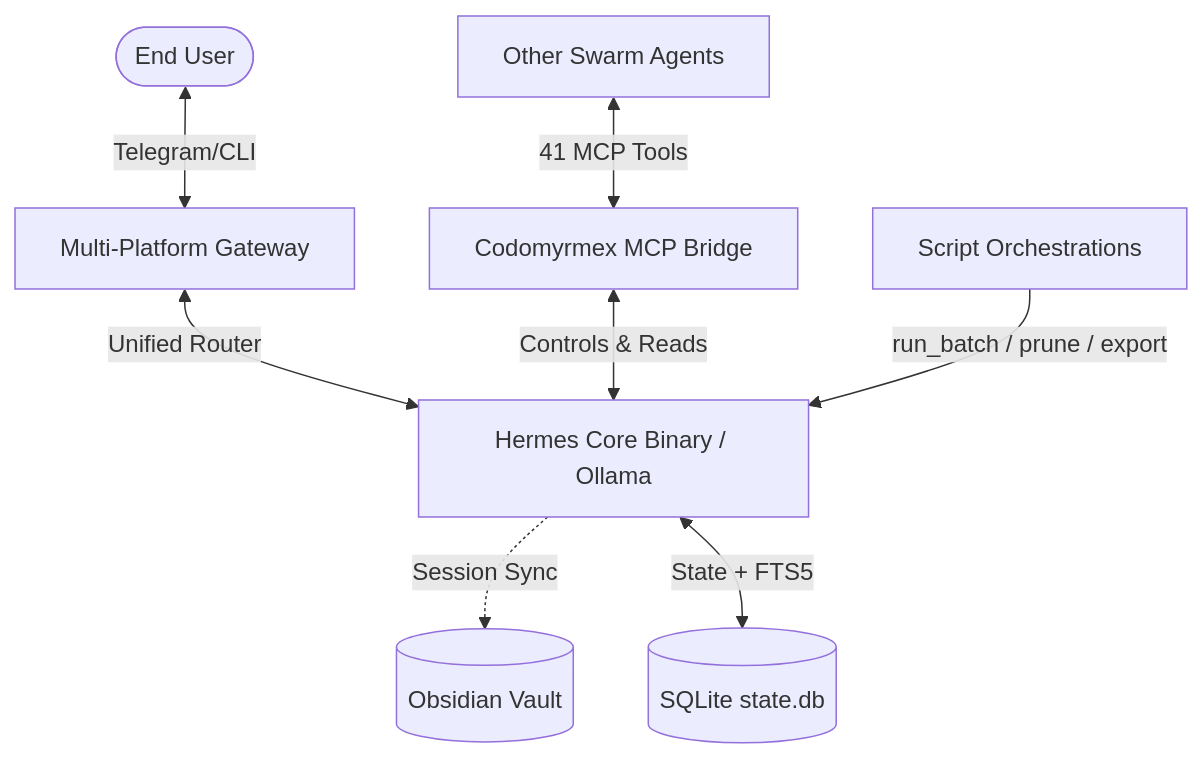
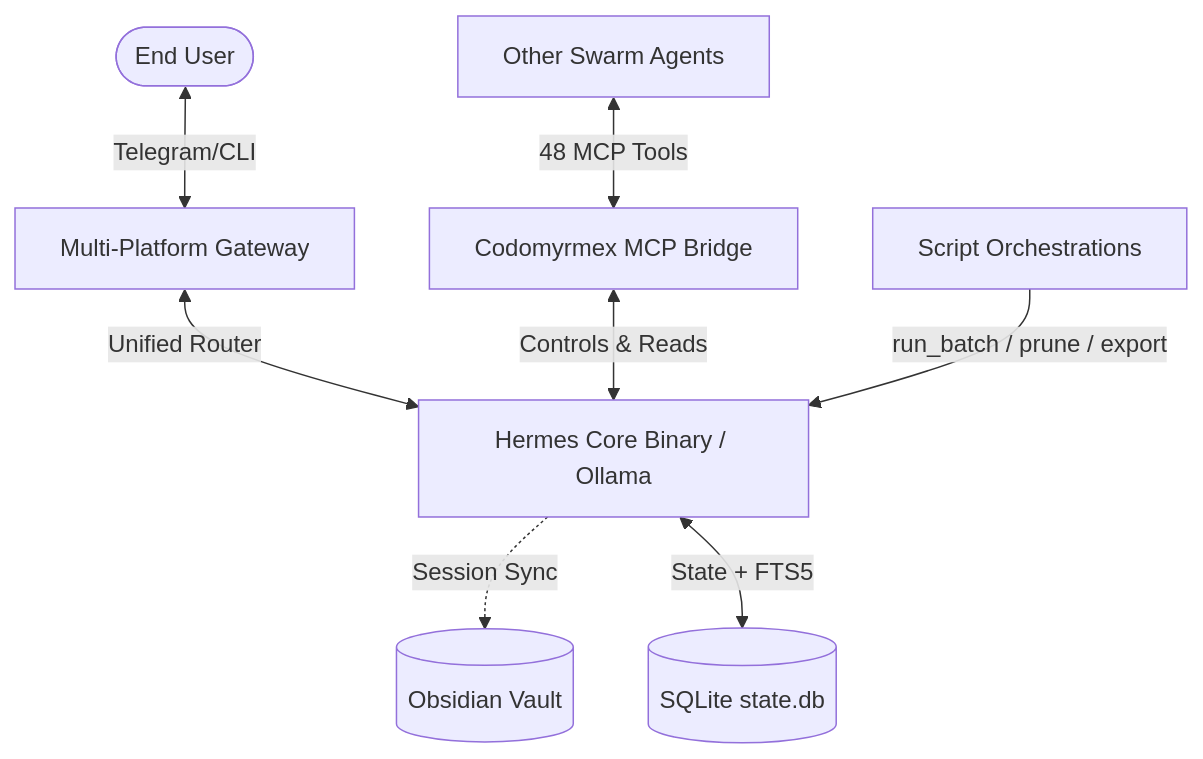
One commit to docxology/codomyrmex changed the first of 6 diagrams in docs/agents/hermes/codomyrmex_integration.md. Above: the diagram before and after it, drawn with Mermaid. The commit also changed other lines of this file and 50 other files, not shown here.

````diff
--- a/docs/agents/hermes/codomyrmex_integration.md
+++ b/docs/agents/hermes/codomyrmex_integration.md
@@ -6,10 +6,10 @@
 ```mermaid
 graph TD
     User([End User]) <--> |Telegram/CLI| Gateway[Multi-Platform Gateway]
     Gateway <--> |Unified Router| HermesCore[Hermes Core Binary / Ollama]
-    Agent[Other Swarm Agents] <--> |41 MCP Tools| CodomyrmexBridge[Codomyrmex MCP Bridge]
+    Agent[Other Swarm Agents] <--> |48 MCP Tools| CodomyrmexBridge[Codomyrmex MCP Bridge]
     CodomyrmexBridge <--> |Controls & Reads| HermesCore
     HermesCore -.-> |Session Sync| LocalVault[(Obsidian Vault)]
     HermesCore <--> |State + FTS5| SQLite[(SQLite state.db)]
     Scripts[Script Orchestrations] --> |run_batch / prune / export| HermesCore
 ```
````
